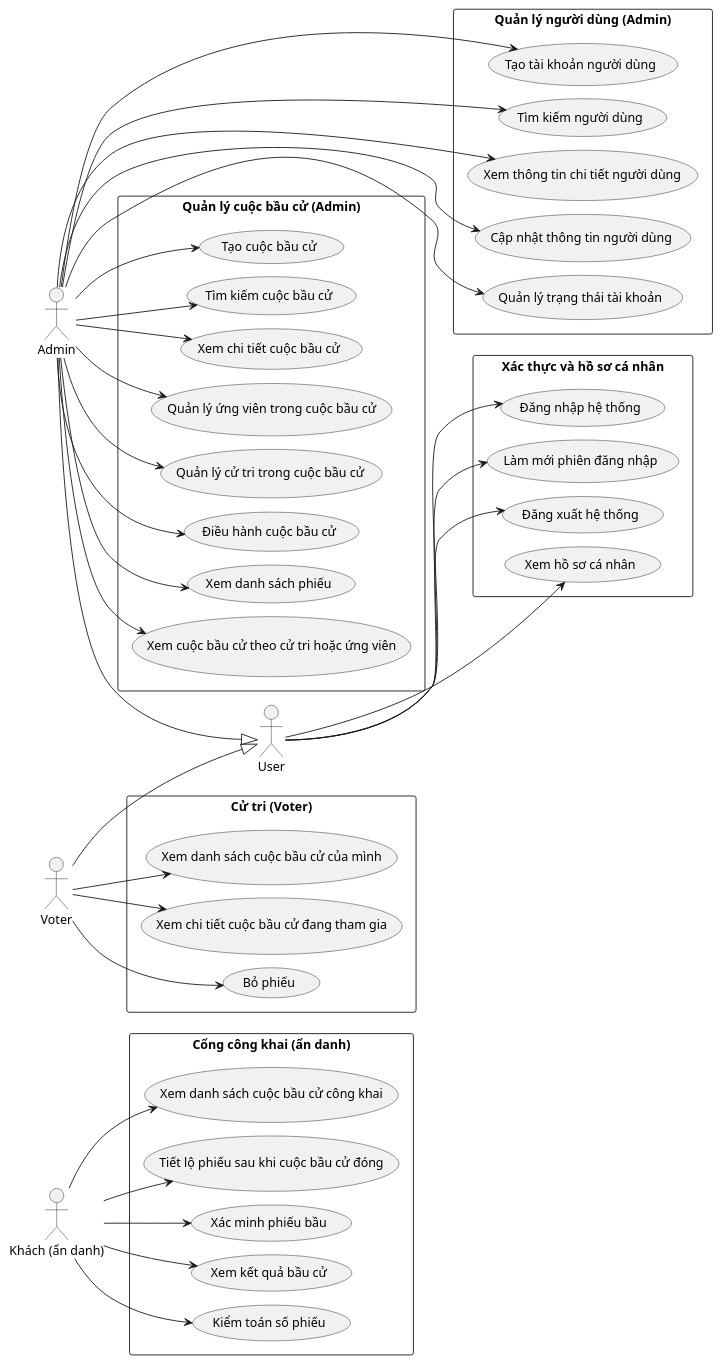
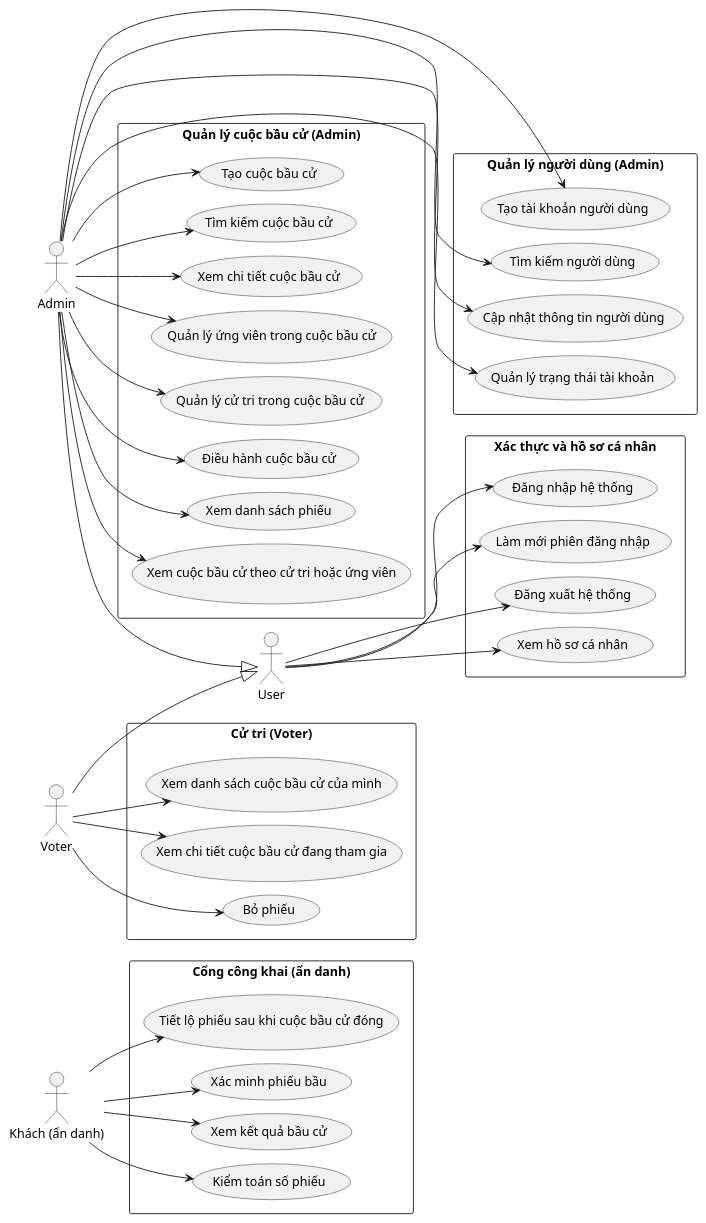
One commit to Tuienn/e-voting-latex changed the diagram in PlantUML/Usecase/Tong-quan-he-thong.puml. Above: the diagram before and after it, drawn with PlantUML. The commit also changed 10 other files, not shown here.

```diff
--- a/PlantUML/Usecase/Tong-quan-he-thong.puml
+++ b/PlantUML/Usecase/Tong-quan-he-thong.puml
@@ -1,88 +1,84 @@
 @startuml TongQuanHeThong_UC
 left to right direction
 skinparam packageStyle rectangle
 skinparam ranksep 30
 skinparam nodesep 15
 
 actor "User" as user
 actor "Admin" as admin
 actor "Voter" as voter
 actor "Khách (ẩn danh)" as guest
 
 admin --|> user
 voter --|> user
 
 together {
   rectangle "Xác thực và hồ sơ cá nhân" {
     usecase "Đăng nhập hệ thống" as UC_SignIn
     usecase "Làm mới phiên đăng nhập" as UC_Refresh
     usecase "Đăng xuất hệ thống" as UC_SignOut
     usecase "Xem hồ sơ cá nhân" as UC_Profile
   }
 
   rectangle "Quản lý người dùng (Admin)" {
     usecase "Tạo tài khoản người dùng" as UC_CreateUser
     usecase "Tìm kiếm người dùng" as UC_SearchUser
-    usecase "Xem thông tin chi tiết người dùng" as UC_ViewUser
     usecase "Cập nhật thông tin người dùng" as UC_UpdateUser
     usecase "Quản lý trạng thái tài khoản" as UC_StatusUser
   }
 }
 
 rectangle "Quản lý cuộc bầu cử (Admin)" {
   usecase "Tạo cuộc bầu cử" as UC_CreateElec
   usecase "Tìm kiếm cuộc bầu cử" as UC_SearchElec
   usecase "Xem chi tiết cuộc bầu cử" as UC_ViewElec
   usecase "Quản lý ứng viên trong cuộc bầu cử" as UC_MngCand
   usecase "Quản lý cử tri trong cuộc bầu cử" as UC_MngVoter
   usecase "Điều hành cuộc bầu cử" as UC_RunElec
   usecase "Xem danh sách phiếu" as UC_ViewVotes
   usecase "Xem cuộc bầu cử theo cử tri hoặc ứng viên" as UC_ElecByUser
 }
 
 together {
   rectangle "Cử tri (Voter)" {
     usecase "Xem danh sách cuộc bầu cử của mình" as UC_MyElecs
     usecase "Xem chi tiết cuộc bầu cử đang tham gia" as UC_MyElecDetail
     usecase "Bỏ phiếu" as UC_Vote
   }
 
   rectangle "Cổng công khai (ẩn danh)" {
-    usecase "Xem danh sách cuộc bầu cử công khai" as UC_PubList
     usecase "Tiết lộ phiếu sau khi cuộc bầu cử đóng" as UC_Reveal
     usecase "Xác minh phiếu bầu" as UC_Verify
     usecase "Xem kết quả bầu cử" as UC_Tally
     usecase "Kiểm toán số phiếu" as UC_Audit
   }
 }
 
 user --> UC_SignIn
 user --> UC_Refresh
 user --> UC_SignOut
 user --> UC_Profile
 
 admin --> UC_CreateUser
 admin --> UC_SearchUser
-admin --> UC_ViewUser
 admin --> UC_UpdateUser
 admin --> UC_StatusUser
 
 admin --> UC_CreateElec
 admin --> UC_SearchElec
 admin --> UC_ViewElec
 admin --> UC_MngCand
 admin --> UC_MngVoter
 admin --> UC_RunElec
 admin --> UC_ViewVotes
 admin --> UC_ElecByUser
 
 voter --> UC_MyElecs
 voter --> UC_MyElecDetail
 voter --> UC_Vote
 
-guest --> UC_PubList
 guest --> UC_Reveal
 guest --> UC_Verify
 guest --> UC_Tally
 guest --> UC_Audit
 @enduml
```
